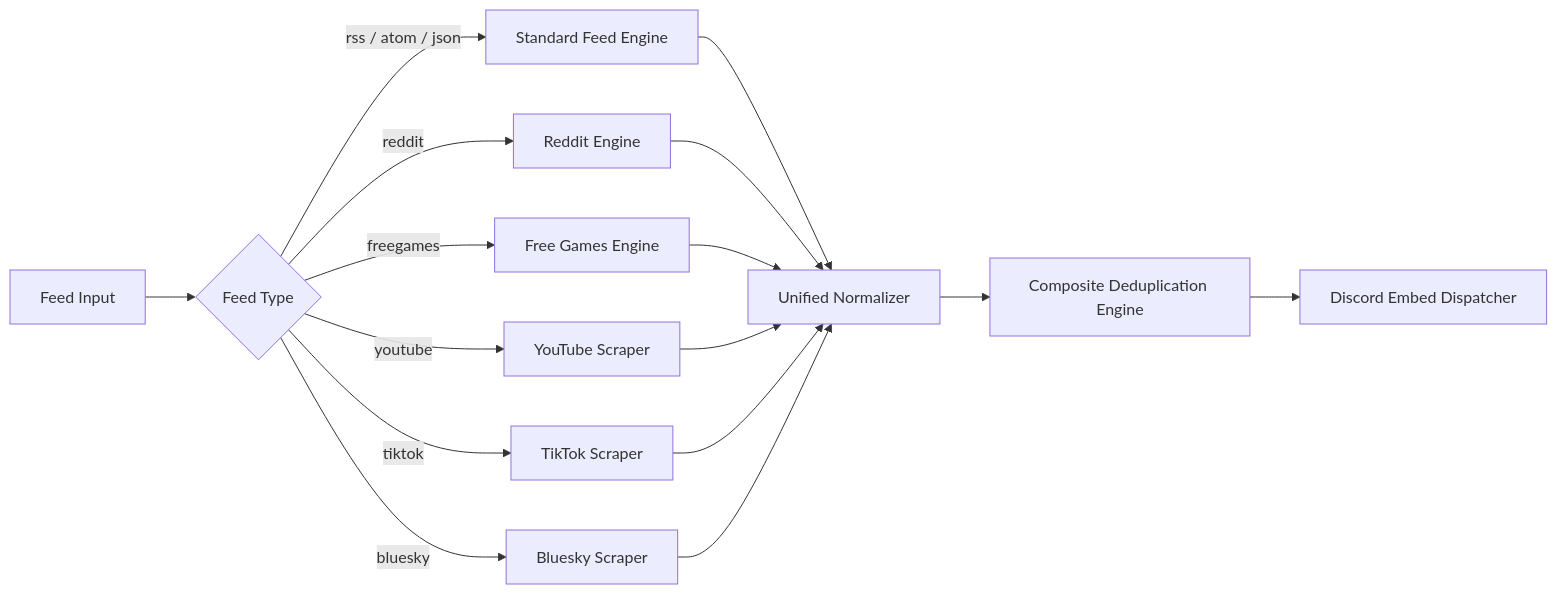
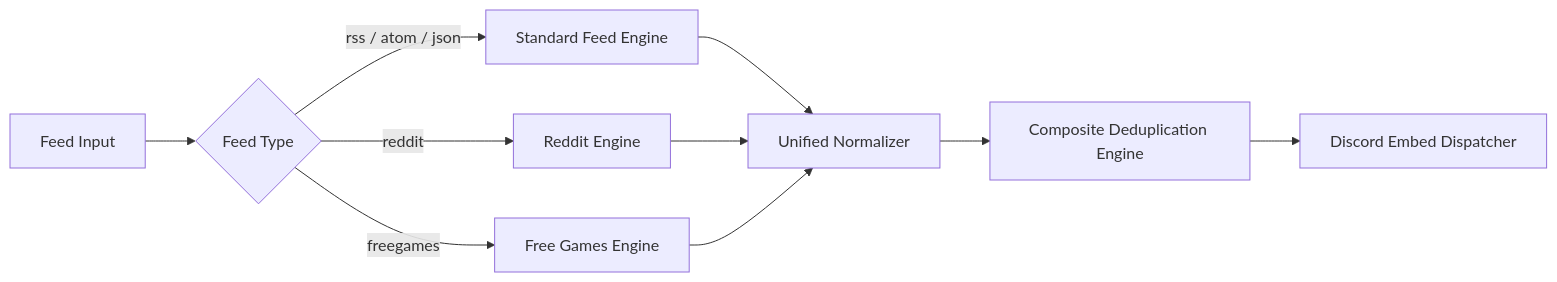
One commit to HELIX-Origin/Discord-RSS changed the diagram in wiki/Feeds-and-Scrapers.md. Above: the diagram before and after it, drawn with Mermaid. The commit also changed other lines of this file and 5 other files, not shown here.

````diff
--- a/wiki/Feeds-and-Scrapers.md
+++ b/wiki/Feeds-and-Scrapers.md
@@ -9,19 +9,13 @@
 ```mermaid
 graph LR
     A[Feed Input] --> B{Feed Type}
     B -->|rss / atom / json| C[Standard Feed Engine]
     B -->|reddit| D[Reddit Engine]
     B -->|freegames| E[Free Games Engine]
-    B -->|youtube| F[YouTube Scraper]
-    B -->|tiktok| G[TikTok Scraper]
-    B -->|bluesky| H[Bluesky Scraper]
 
     C --> I[Unified Normalizer]
     D --> I
     E --> I
-    F --> I
-    G --> I
-    H --> I
     I --> J[Composite Deduplication Engine]
     J --> K[Discord Embed Dispatcher]
 ```
````
